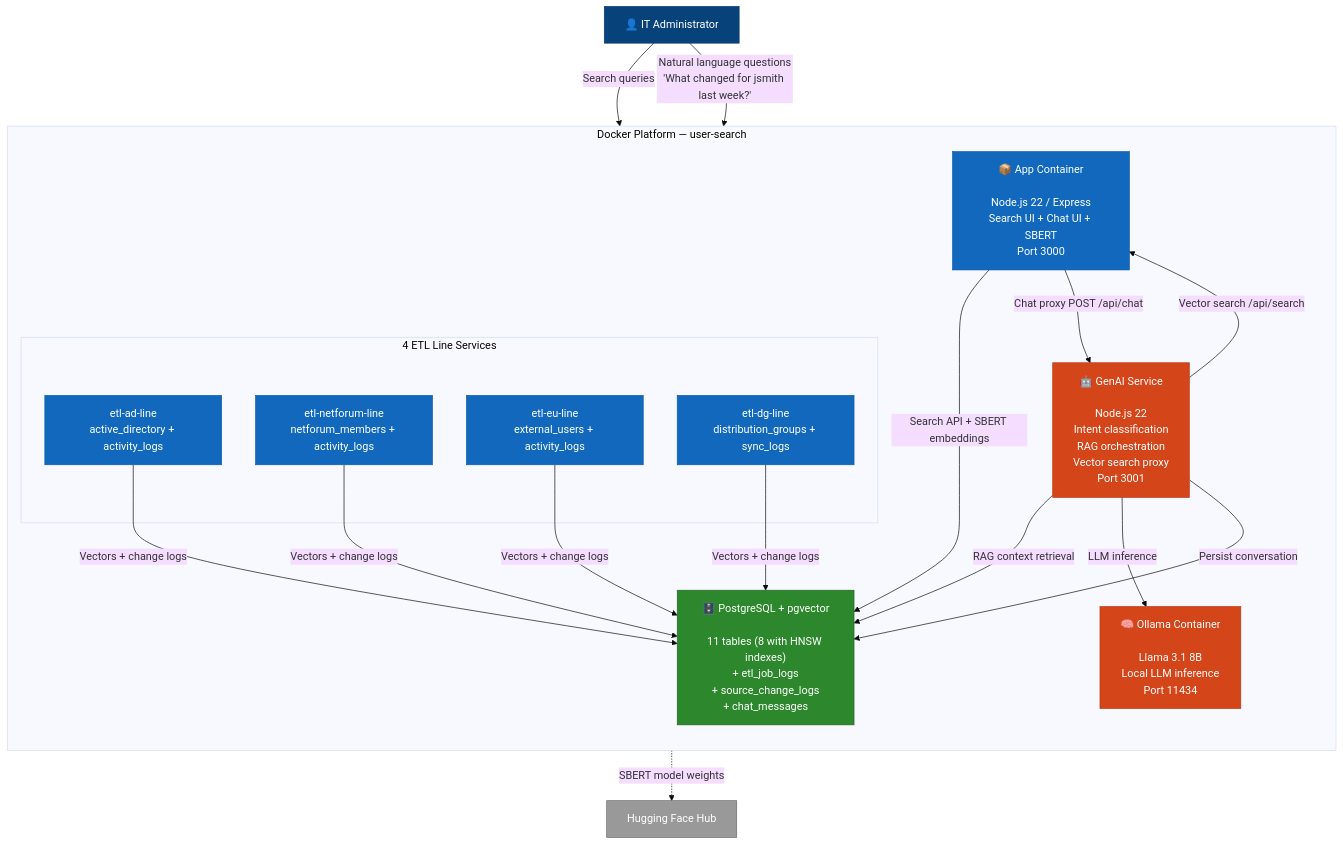
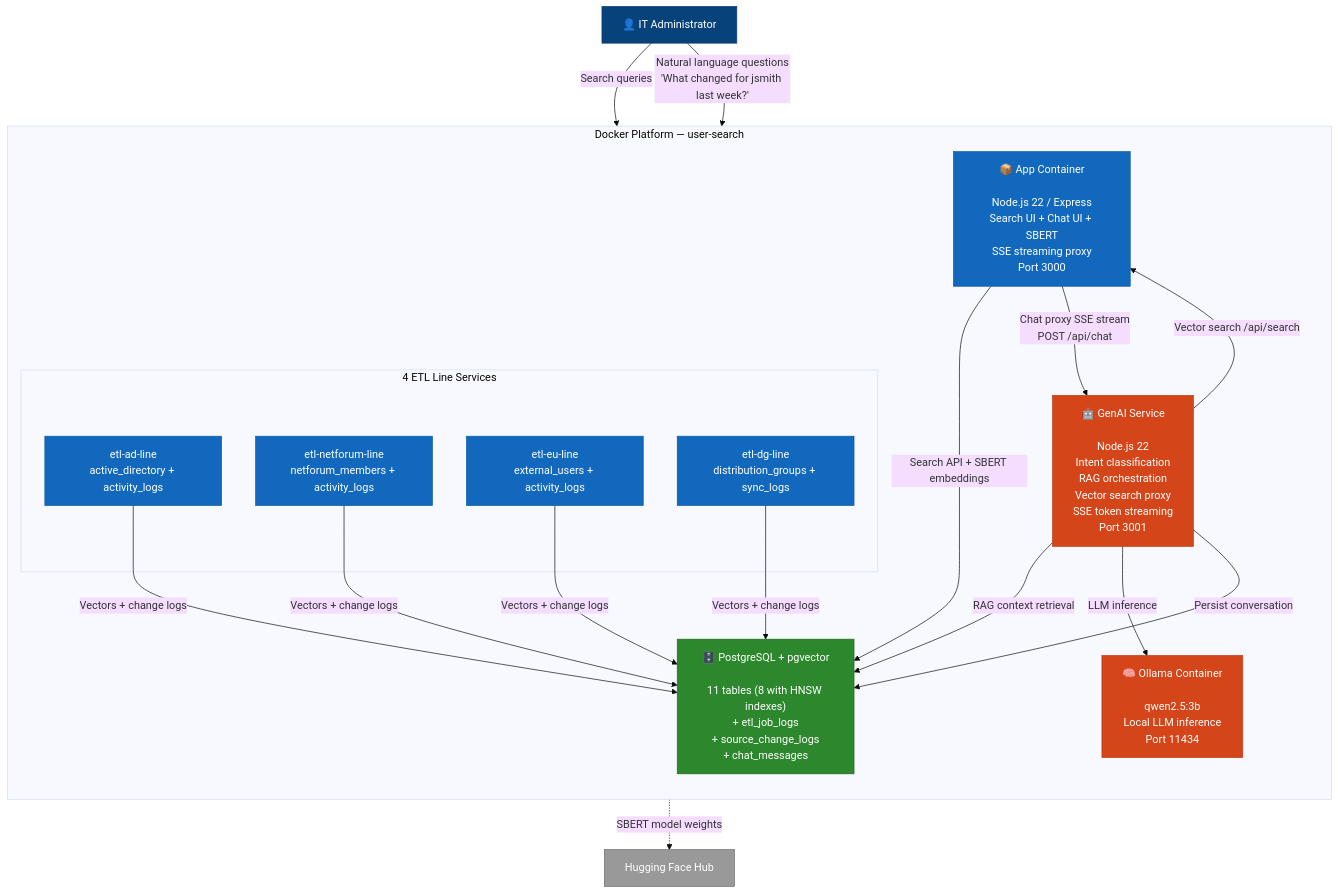
Before and after one commit to sjackshaw/user-search: the diagram in docs/diagrams/genai-target-architecture.md, drawn with Mermaid (base theme). The commit also changed other lines of this file and 20 other files, not shown here.

First line of the commit message:
feat: Enhance GenAI service with API key authentication, SSE streaming, and update documentation

````diff
--- a/docs/diagrams/genai-target-architecture.md
+++ b/docs/diagrams/genai-target-architecture.md
@@ -5,45 +5,45 @@
 ```mermaid
 graph TB
     classDef person fill:#08427B,stroke:#073B6F,color:#fff
     classDef existing fill:#1168BD,stroke:#0E5BA7,color:#fff
     classDef genai fill:#D4451A,stroke:#B83A15,color:#fff
     classDef database fill:#2D882D,stroke:#226622,color:#fff
     classDef external fill:#999999,stroke:#6B6B6B,color:#fff
 
     User["👤 IT Administrator"]:::person
 
     subgraph DockerPlatform [" Docker Platform — user-search "]
         direction TB
 
-        App["📦 App Container<br/><br/>Node.js 22 / Express<br/>Search UI + Chat UI + SBERT<br/>Port 3000"]:::existing
+        App["📦 App Container<br/><br/>Node.js 22 / Express<br/>Search UI + Chat UI + SBERT<br/>SSE streaming proxy<br/>Port 3000"]:::existing
 
-        GenAI["🤖 GenAI Service<br/><br/>Node.js 22<br/>Intent classification<br/>RAG orchestration<br/>Vector search proxy<br/>Port 3001"]:::genai
+        GenAI["🤖 GenAI Service<br/><br/>Node.js 22<br/>Intent classification<br/>RAG orchestration<br/>Vector search proxy<br/>SSE token streaming<br/>Port 3001"]:::genai
 
-        Ollama["🧠 Ollama Container<br/><br/>Llama 3.1 8B<br/>Local LLM inference<br/>Port 11434"]:::genai
+        Ollama["🧠 Ollama Container<br/><br/>qwen2.5:3b<br/>Local LLM inference<br/>Port 11434"]:::genai
 
         Postgres["🗄️ PostgreSQL + pgvector<br/><br/>11 tables (8 with HNSW indexes)<br/>+ etl_job_logs<br/>+ source_change_logs<br/>+ chat_messages"]:::database
 
         subgraph ETLServices [" 4 ETL Line Services "]
             ETL_AD["etl-ad-line<br/>active_directory + activity_logs"]:::existing
             ETL_NF["etl-netforum-line<br/>netforum_members + activity_logs"]:::existing
             ETL_EU["etl-eu-line<br/>external_users + activity_logs"]:::existing
             ETL_DG["etl-dg-line<br/>distribution_groups + sync_logs"]:::existing
         end
     end
 
     HF["Hugging Face Hub"]:::external
 
     User -->|"Search queries"| App
     User -->|"Natural language questions<br/>'What changed for jsmith last week?'"| App
     App -->|"Search API + SBERT embeddings"| Postgres
-    App -->|"Chat proxy POST /api/chat"| GenAI
+    App -->|"Chat proxy SSE stream<br/>POST /api/chat"| GenAI
     GenAI -->|"RAG context retrieval"| Postgres
     GenAI -->|"Vector search /api/search"| App
     GenAI -->|"LLM inference"| Ollama
     GenAI -->|"Persist conversation"| Postgres
     ETL_AD -->|"Vectors + change logs"| Postgres
     ETL_NF -->|"Vectors + change logs"| Postgres
     ETL_EU -->|"Vectors + change logs"| Postgres
     ETL_DG -->|"Vectors + change logs"| Postgres
     App -.->|"SBERT model weights"| HF
 ```
````
